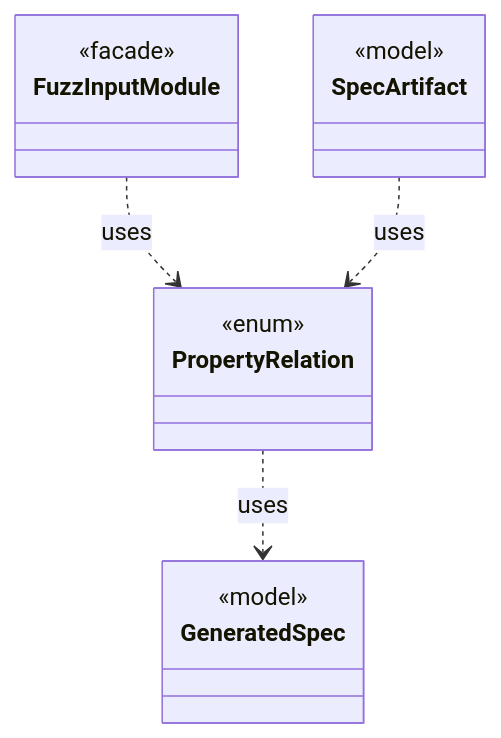
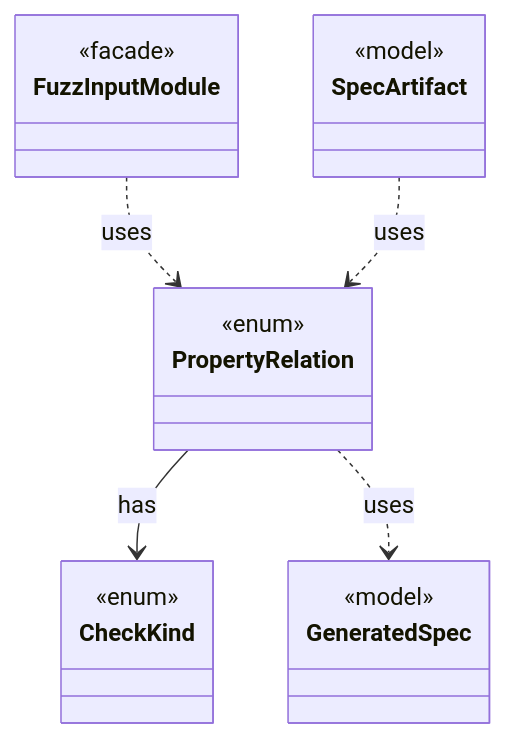
The diagram in dev/types/io.github.tlaplus.hardening.workflow.spec.PropertyRelation.md (tlaplus/model-checker-hardening), drawn with Mermaid before and after one commit. The commit also changed other lines of this file and 408 other files, not shown here.

````diff
--- a/dev/types/io.github.tlaplus.hardening.workflow.spec.PropertyRelation.md
+++ b/dev/types/io.github.tlaplus.hardening.workflow.spec.PropertyRelation.md
@@ -7,18 +7,22 @@
 ```mermaid
 classDiagram
   class PropertyRelation {
+    <<enum>>
+  }
+  class CheckKind {
     <<enum>>
   }
   class GeneratedSpec {
     <<model>>
   }
   class FuzzInputModule {
     <<facade>>
   }
   class SpecArtifact {
     <<model>>
   }
+  PropertyRelation --> CheckKind : has
   PropertyRelation ..> GeneratedSpec : uses
   FuzzInputModule ..> PropertyRelation : uses
   SpecArtifact ..> PropertyRelation : uses
 ```
````
